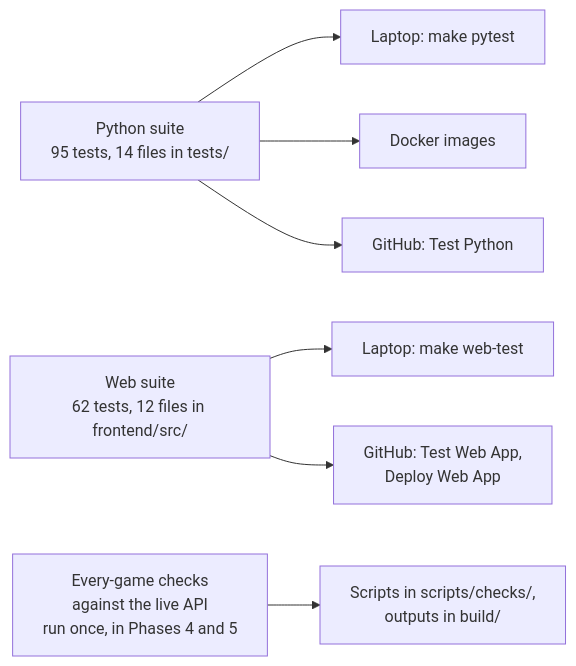
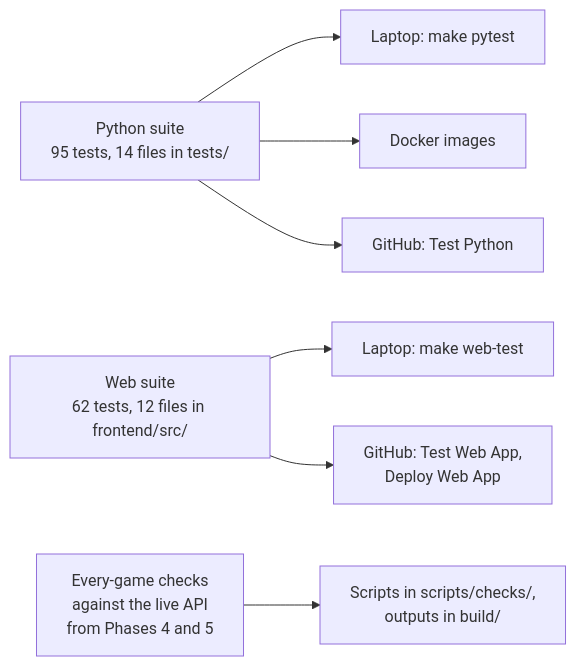
One commit to jconnors23/510-m3-nfl-prediction-analytics changed the diagram in docs/implementation/extras/development/testing-guide.md. Above: the diagram before and after it, drawn with Mermaid. The commit also changed other lines of this file and 44 other files, not shown here.

````diff
--- a/docs/implementation/extras/development/testing-guide.md
+++ b/docs/implementation/extras/development/testing-guide.md
@@ -12,12 +12,12 @@
 ```mermaid
 flowchart LR
     A["Python suite<br/>95 tests, 14 files in tests/"]
     B["Web suite<br/>62 tests, 12 files in frontend/src/"]
-    C["Every-game checks<br/>against the live API<br/>run once, in Phases 4 and 5"]
+    C["Every-game checks<br/>against the live API<br/>from Phases 4 and 5"]
     A --> L["Laptop: make pytest"]
     A --> D["Docker images"]
     A --> G1["GitHub: Test Python"]
     B --> L2["Laptop: make web-test"]
     B --> G2["GitHub: Test Web App,<br/>Deploy Web App"]
     C --> P["Scripts in scripts/checks/,<br/>outputs in build/"]
 ```
````
